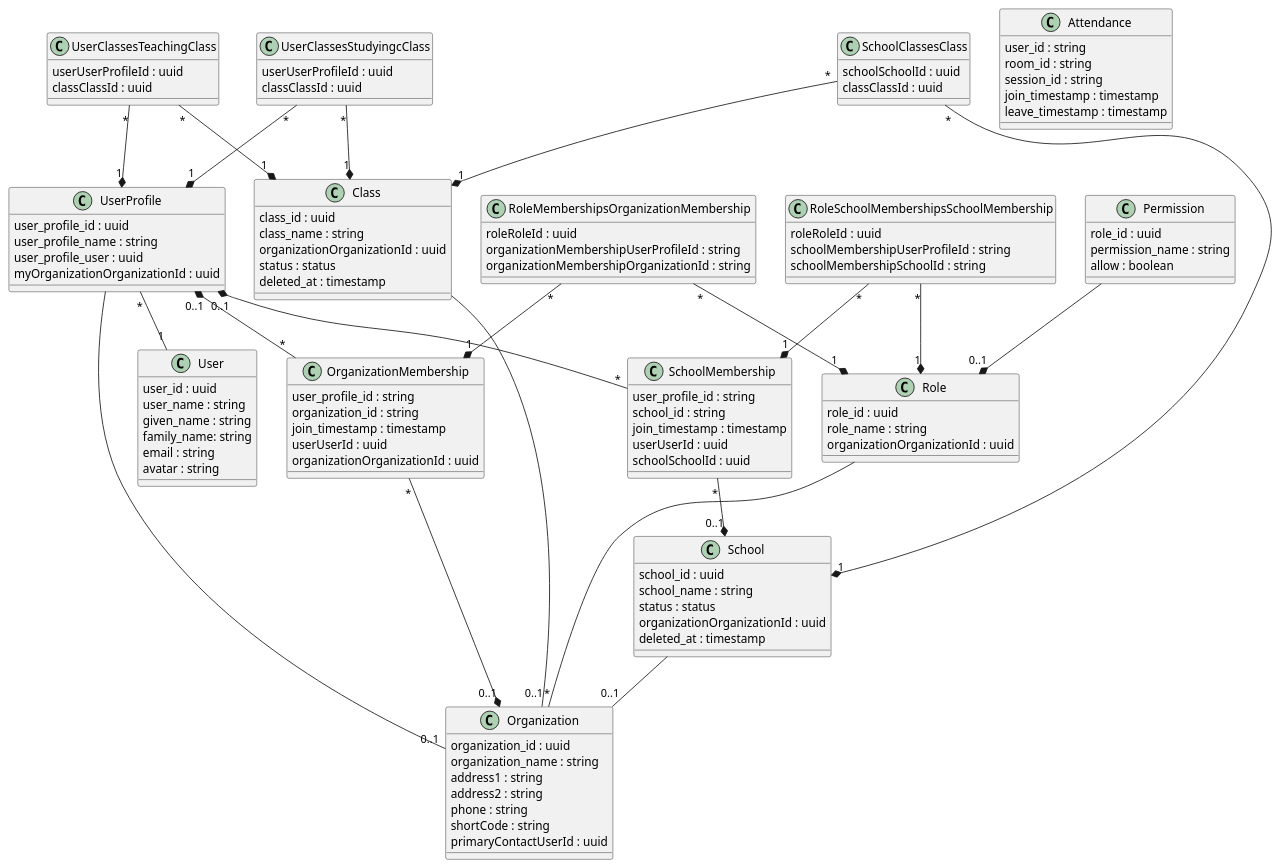
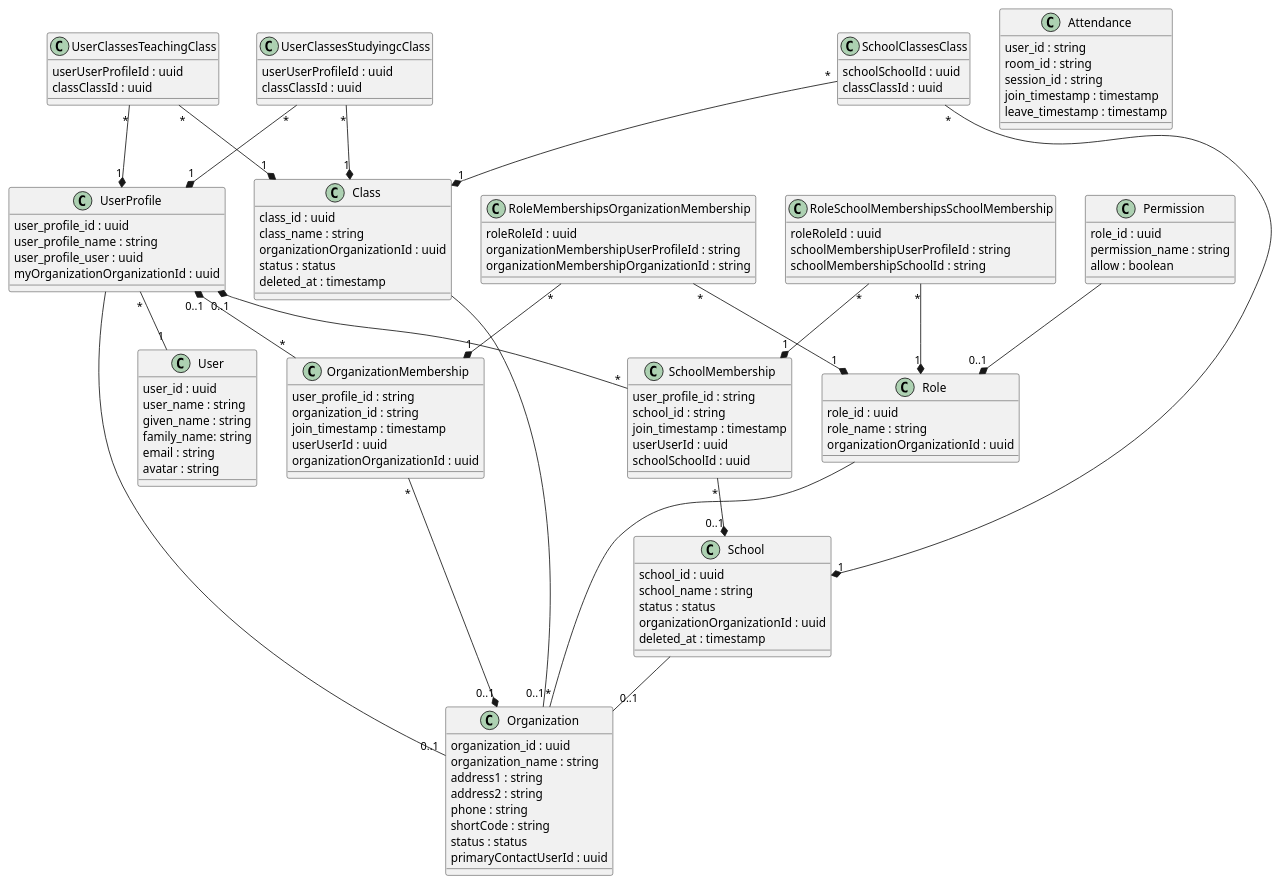
Before and after one commit to Klasmart-Engineering/user-service: the diagram in documents/dbschema.plantuml, drawn with PlantUML. The commit also changed 5 other files, not shown here.

```diff
--- a/documents/dbschema.plantuml
+++ b/documents/dbschema.plantuml
@@ -1,128 +1,129 @@
 @startuml
 class User {
   user_id : uuid
   user_name : string
   given_name : string
   family_name: string
   email : string
   avatar : string
 }
 
 class UserProfile{
    user_profile_id : uuid
    user_profile_name : string
    user_profile_user : uuid
    myOrganizationOrganizationId : uuid
 }
 
 class Class {
   class_id : uuid
   class_name : string
   organizationOrganizationId : uuid
   status : status
   deleted_at : timestamp
 }
 
 class Organization {
   organization_id : uuid
   organization_name : string
   address1 : string
   address2 : string
   phone : string
   shortCode : string
+  status : status
   primaryContactUserId : uuid
 }
 
 class OrganizationMembership {
   user_profile_id : string
   organization_id : string
   join_timestamp : timestamp
   userUserId : uuid
   organizationOrganizationId : uuid
 }
 
 class Permission {
   role_id : uuid
   permission_name : string
   allow : boolean
 }
 
 class Role {
   role_id : uuid
   role_name : string
   organizationOrganizationId : uuid
 }
 
 class School {
   school_id : uuid
   school_name : string
   status : status
   organizationOrganizationId : uuid
   deleted_at : timestamp
 }
 
 class SchoolMembership {
   user_profile_id : string
   school_id : string
   join_timestamp : timestamp
   userUserId : uuid
   schoolSchoolId : uuid
 }
 
 class Attendance {
   user_id : string
   room_id : string
   session_id : string
   join_timestamp : timestamp
   leave_timestamp : timestamp
 }
 
 class RoleMembershipsOrganizationMembership {
   roleRoleId : uuid
   organizationMembershipUserProfileId : string
   organizationMembershipOrganizationId : string
 }
 
 class RoleSchoolMembershipsSchoolMembership {
   roleRoleId : uuid
   schoolMembershipUserProfileId : string
   schoolMembershipSchoolId : string
 }
 
 class UserClassesStudyingcClass {
   userUserProfileId : uuid
   classClassId : uuid
 }
 
 class UserClassesTeachingClass {
   userUserProfileId : uuid
   classClassId : uuid
 }
 
 class SchoolClassesClass {
   schoolSchoolId : uuid
   classClassId : uuid
 }
 
 Role -- "*" Organization
 UserProfile -- "0..1" Organization
 UserProfile "0..1" *-- "*" OrganizationMembership
 UserProfile "*" -- "1" User
 OrganizationMembership "*" --* "0..1" Organization
 Class -- "0..1" Organization
 Permission --* "0..1" Role
 School -- "0..1" Organization
 UserProfile "0..1" *-- "*" SchoolMembership
 SchoolMembership "*" --* "0..1" School
 RoleMembershipsOrganizationMembership "*" --* "1" Role
 RoleMembershipsOrganizationMembership "*" --* "1" OrganizationMembership
 RoleSchoolMembershipsSchoolMembership "*" --* "1" Role
 RoleSchoolMembershipsSchoolMembership "*" --* "1" SchoolMembership
 UserClassesStudyingcClass "*" --* "1" UserProfile
 UserClassesStudyingcClass "*" --* "1" Class
 UserClassesTeachingClass "*" --* "1" UserProfile
 UserClassesTeachingClass "*" --* "1" Class
 SchoolClassesClass "*" --* "1" School
 SchoolClassesClass "*" --* "1" Class
 
 @enduml
```
